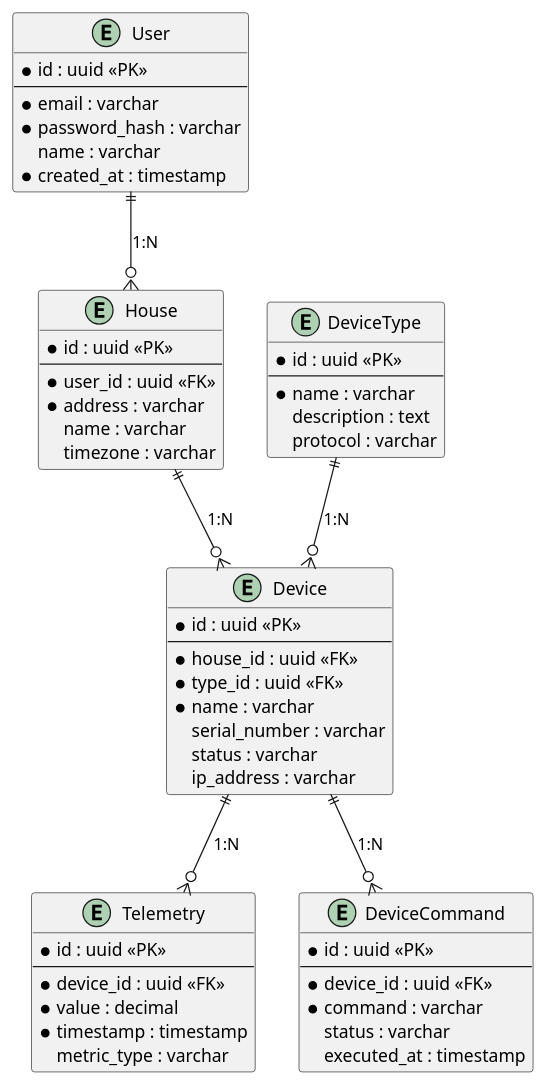
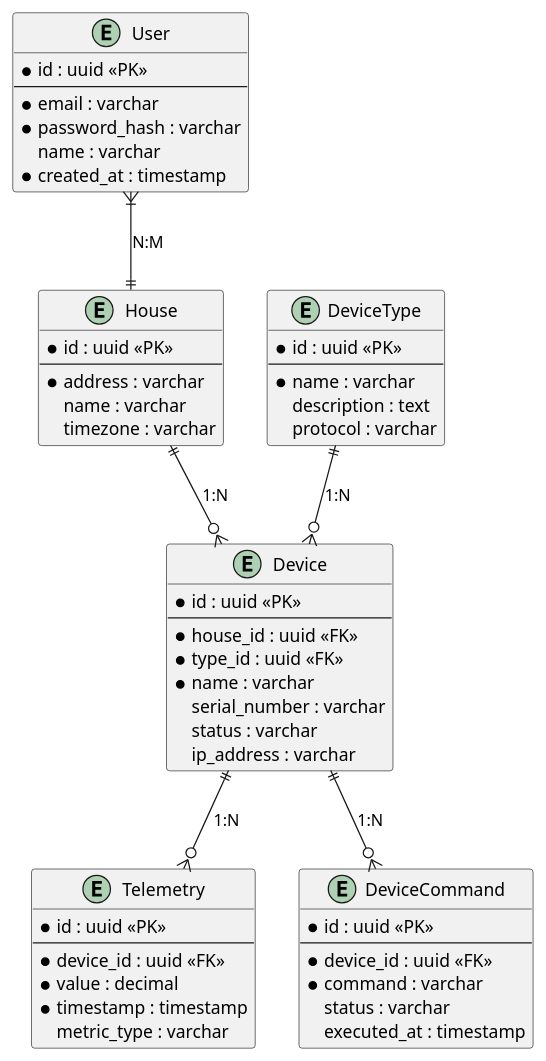
Before and after one commit to dmagala/architecture-warmhouse: the diagram in diagrams/ER/WarmHouse_ER.puml, drawn with PlantUML.

Commit message:
Sprint 1 Task 3 fix

```diff
--- a/diagrams/ER/WarmHouse_ER.puml
+++ b/diagrams/ER/WarmHouse_ER.puml
@@ -1,64 +1,63 @@
 @startuml WarmHouse ER Diagram
 
 entity User {
   *id : uuid <<PK>>
   --
   *email : varchar
   *password_hash : varchar
   name : varchar
   *created_at : timestamp
 }
 
 entity House {
   *id : uuid <<PK>>
   --
-  *user_id : uuid <<FK>>
   *address : varchar
   name : varchar
   timezone : varchar
 }
 
 entity DeviceType {
   *id : uuid <<PK>>
   --
   *name : varchar
   description : text
   protocol : varchar
 }
 
 entity Device {
   *id : uuid <<PK>>
   --
   *house_id : uuid <<FK>>
   *type_id : uuid <<FK>>
   *name : varchar
   serial_number : varchar
   status : varchar
   ip_address : varchar
 }
 
 entity Telemetry {
   *id : uuid <<PK>>
   --
   *device_id : uuid <<FK>>
   *value : decimal
   *timestamp : timestamp
   metric_type : varchar
 }
 
 entity DeviceCommand {
   *id : uuid <<PK>>
   --
   *device_id : uuid <<FK>>
   *command : varchar
   status : varchar
   executed_at : timestamp
 }
 
-User ||--o{ House : "1:N"
+User }|--|| House : "N:M"
 House ||--o{ Device : "1:N"
 DeviceType ||--o{ Device : "1:N"
 Device ||--o{ Telemetry : "1:N"
 Device ||--o{ DeviceCommand : "1:N"
 
 @enduml
```
